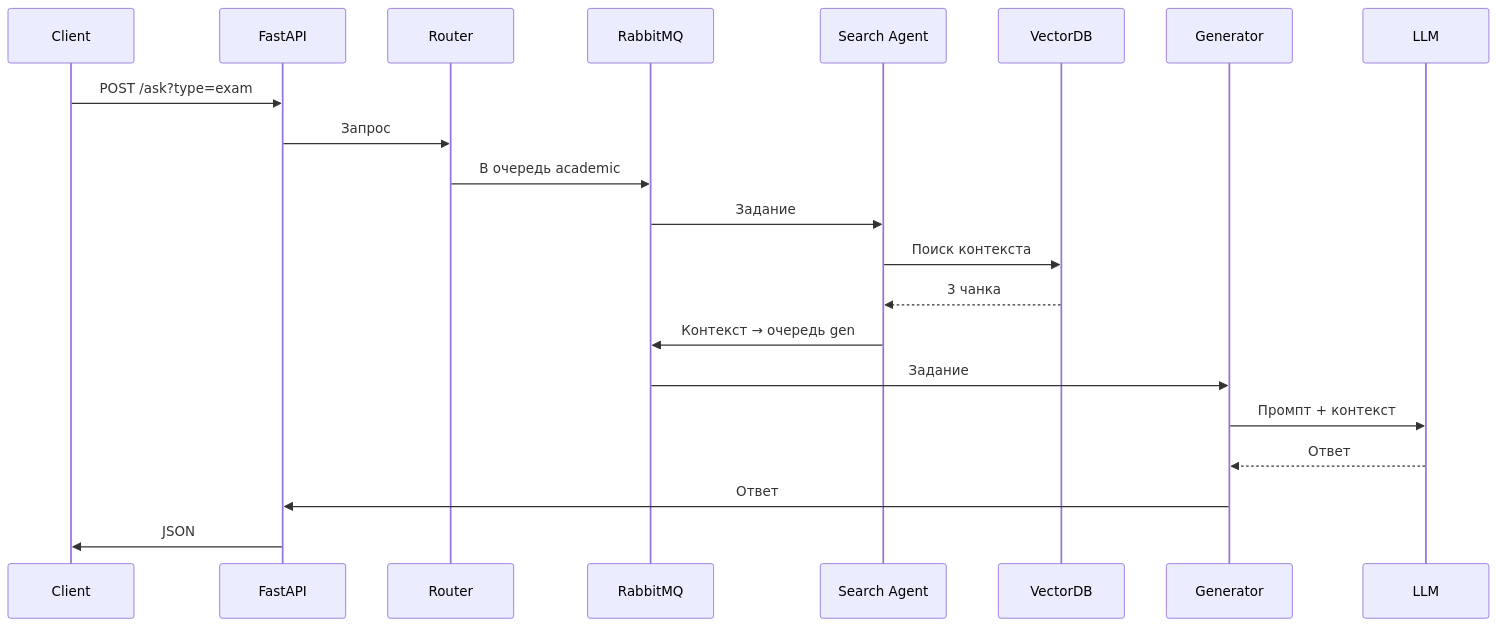
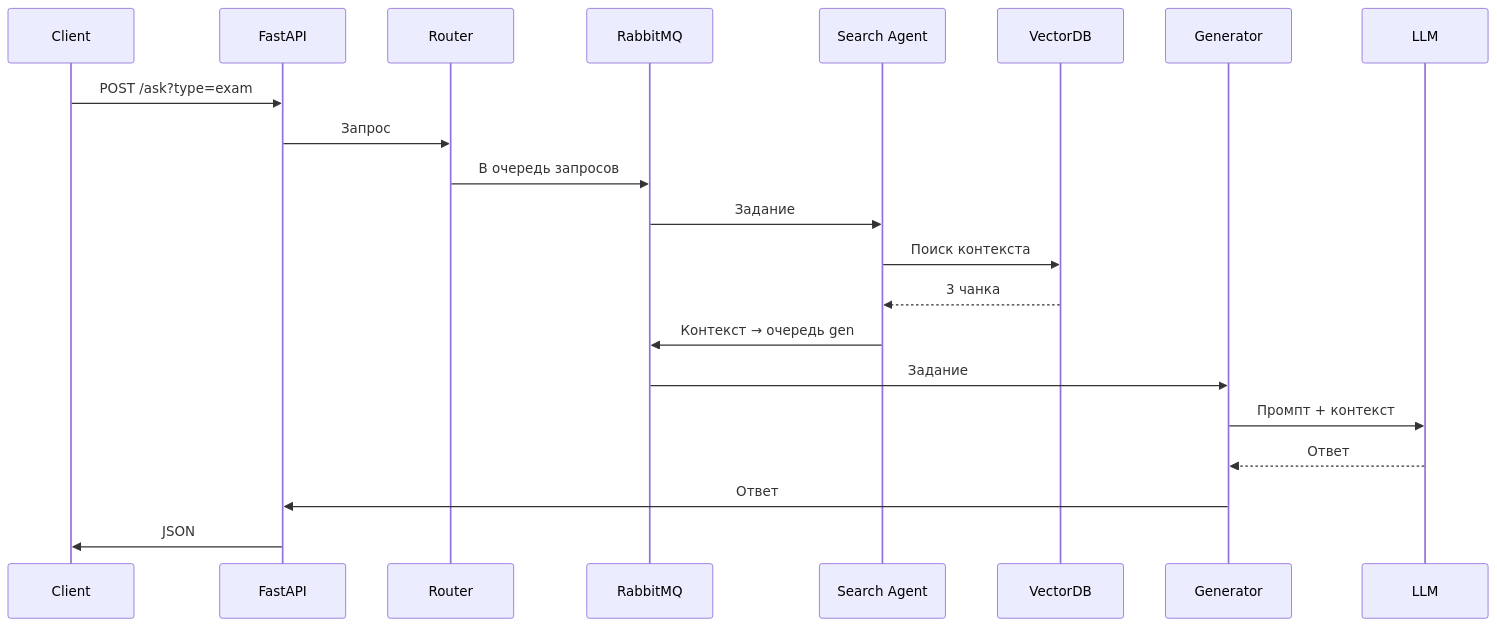
Before and after one commit to BandrD/assistant-_for_un: the second of 2 diagrams in README.md, drawn with Mermaid.

````diff
--- a/README.md
+++ b/README.md
@@ -68,15 +68,15 @@
 ```mermaid
 sequenceDiagram
     Client->>FastAPI: POST /ask?type=exam
     FastAPI->>Router: Запрос
-    Router->>RabbitMQ: В очередь academic
+    Router->>RabbitMQ: В очередь запросов
     RabbitMQ->>Search Agent: Задание
     Search Agent->>VectorDB: Поиск контекста
     VectorDB-->>Search Agent: 3 чанка
     Search Agent->>RabbitMQ: Контекст → очередь gen
     RabbitMQ->>Generator: Задание
     Generator->>LLM: Промпт + контекст
     LLM-->>Generator: Ответ
     Generator->>FastAPI: Ответ
     FastAPI->>Client: JSON
 ```
````
